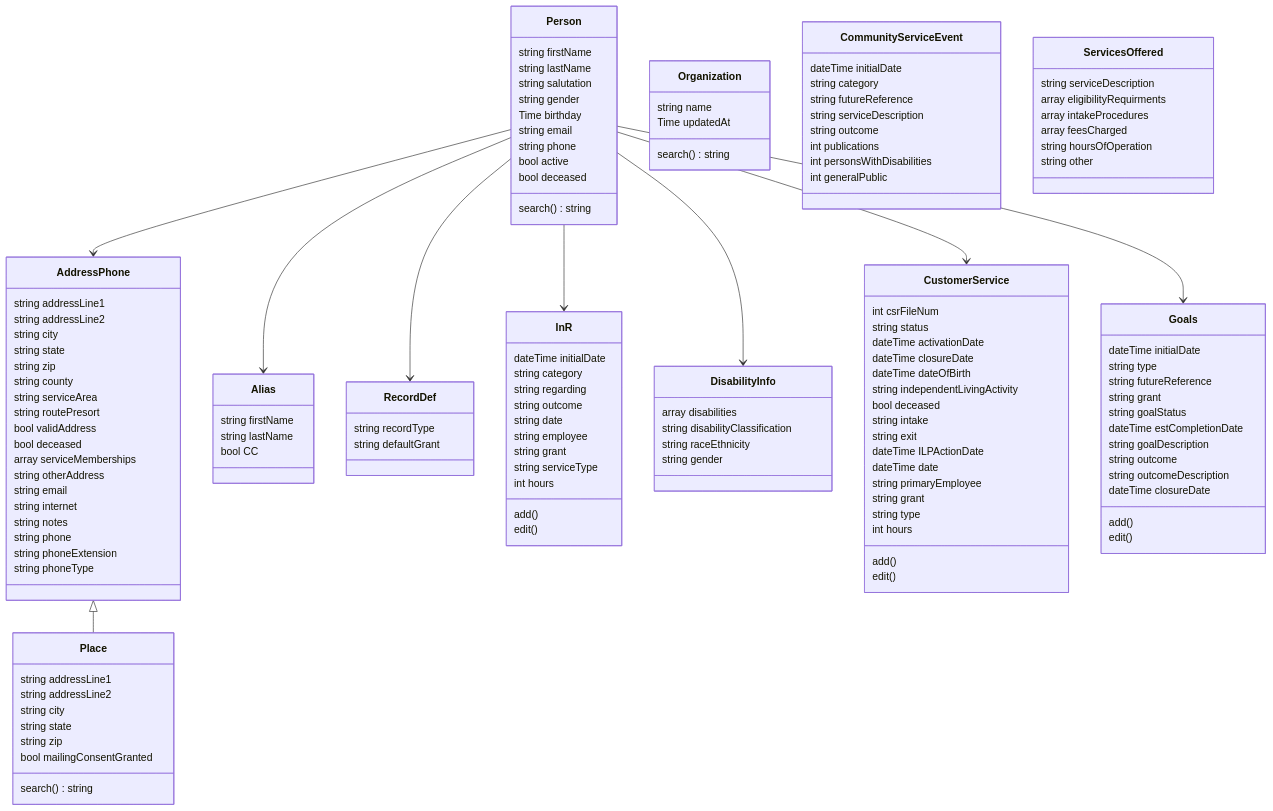
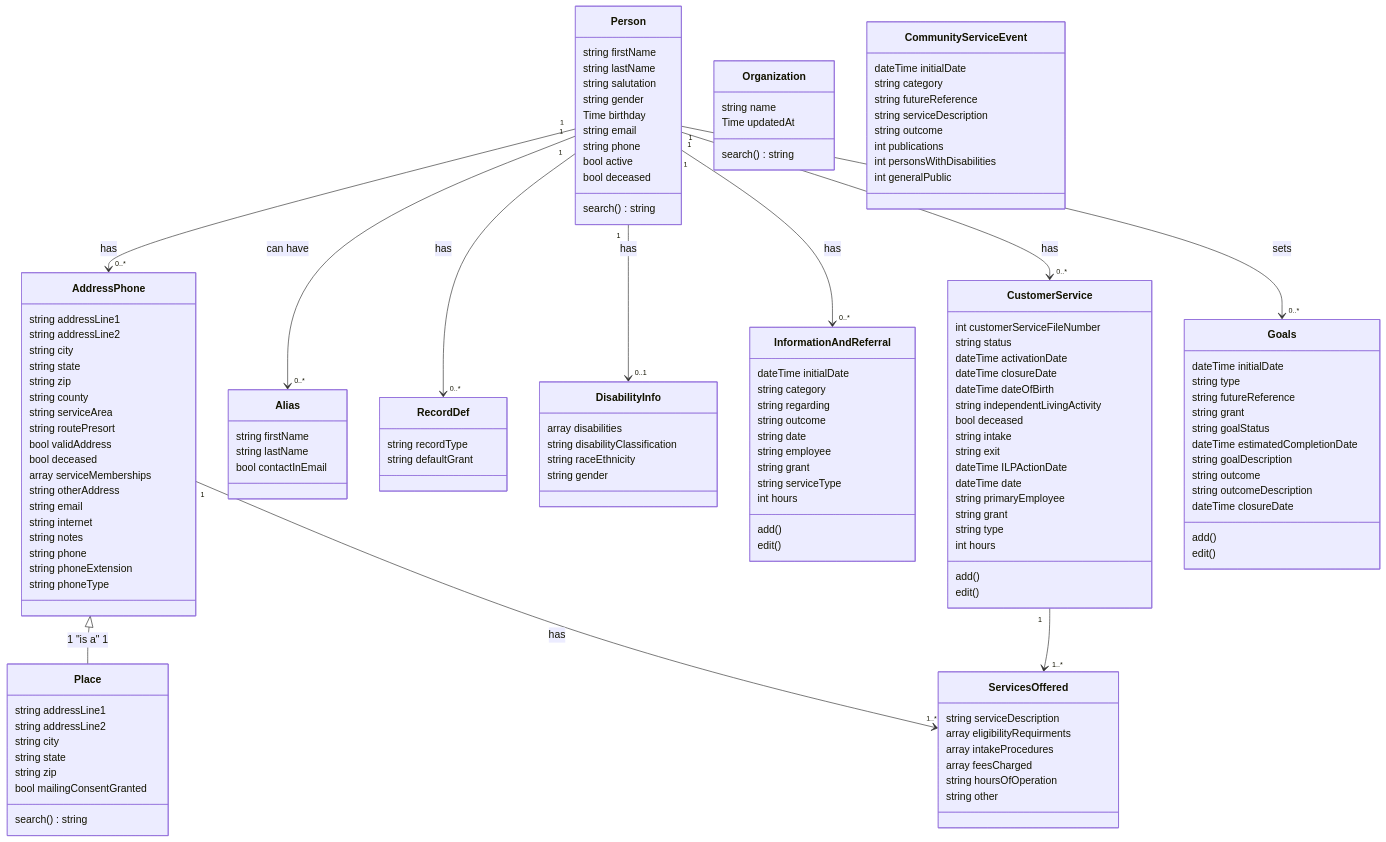
The diagram in diagram/class.mmd (OptionsIRCIL/indigo), drawn with Mermaid before and after one commit. The commit also changed 3 other files, not shown here.

Commit message:
restructure, update readme with logo and diagram toc, update class as per #23

```diff
--- a/diagram/class.mmd
+++ b/diagram/class.mmd
@@ -1,153 +1,155 @@
 classDiagram
     class Person {
         string firstName
         string lastName
         string salutation
         string gender
         Time birthday
         string email
         string phone
         bool active
         bool deceased
 
         search() string
     }
 
     class Place {
         string addressLine1
         string addressLine2
         string city
         string state
         string zip
         bool mailingConsentGranted
 
         search() string
     }
 
     class Organization {
         string name
         Time updatedAt
 
         search() string
     }
 
     class AddressPhone {
         string addressLine1
         string addressLine2
         string city
         string state
         string zip
         string county
         string serviceArea
         string routePresort
         bool validAddress
         bool deceased
         array serviceMemberships
         string otherAddress
         string email
         string internet
         string notes
         string phone
         string phoneExtension
         string phoneType
     }
 
     class Alias {
         string firstName
         string lastName
-        bool CC
+        bool contactInEmail
     }
 
     class RecordDef {
         string recordType
         string defaultGrant
     }
 
-    class InR {
+    class InformationAndReferral {
         dateTime initialDate
         string category
         string regarding
         string outcome
         string date
         string employee
         string grant 
         string serviceType
         int hours
 
         add()
         edit()
     }
 
     class DisabilityInfo {
         array disabilities
         string disabilityClassification
         string raceEthnicity
         string gender
     }
 
     class CustomerService {
-        int csrFileNum
+        int customerServiceFileNumber
         string status
         dateTime activationDate
         dateTime closureDate
         dateTime dateOfBirth
         string independentLivingActivity
         bool deceased
         string intake
         string exit 
         dateTime ILPActionDate
         dateTime date
         string primaryEmployee
         string grant
         string type 
         int hours
 
         add()
         edit()
     }
 
     class Goals {
         dateTime initialDate
         string type
         string futureReference
         string grant
         string goalStatus
-        dateTime estCompletionDate
+        dateTime estimatedCompletionDate
         string goalDescription
         string outcome
         string outcomeDescription
         dateTime closureDate
 
         add()
         edit()
     }
 
     class CommunityServiceEvent {
         dateTime initialDate
         string category
         string futureReference
         string serviceDescription
         string outcome
         int publications
         int personsWithDisabilities
         int generalPublic
     }
 
     class ServicesOffered {
         string serviceDescription
         array eligibilityRequirments
         array intakeProcedures
         array feesCharged
         string hoursOfOperation
         string other
     }
 
     %% Relationships
-    AddressPhone <|-- Place
-    Person --> AddressPhone
-    Person --> Alias
-    Person --> RecordDef
-    Person --> DisabilityInfo
-    Person --> InR
-    Person --> CustomerService
-    Person --> Goals
+    AddressPhone <|-- Place : 1 "is a" 1
+    Person "1" --> "0..*" AddressPhone : has
+    Person "1" --> "0..*" Alias : can have
+    Person "1" --> "0..*" RecordDef : has
+    Person "1" --> "0..1" DisabilityInfo : has
+    Person "1" --> "0..*" InformationAndReferral : has
+    Person "1" --> "0..*" CustomerService : has
+    Person "1" --> "0..*" Goals : sets
+    CustomerService "1" --> "1..*" ServicesOffered
+    AddressPhone "1" --> "1..*" ServicesOffered : has
```
